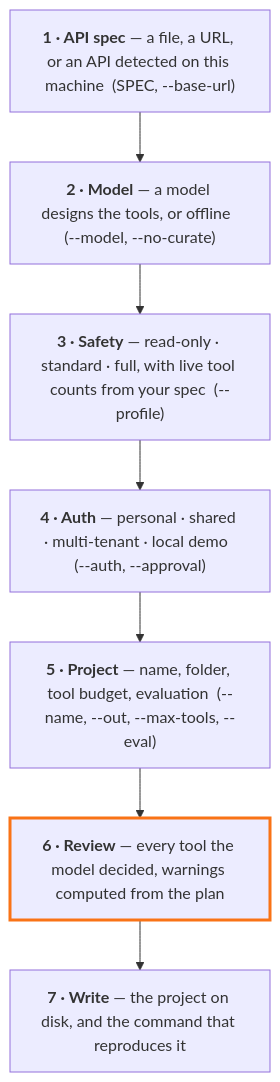
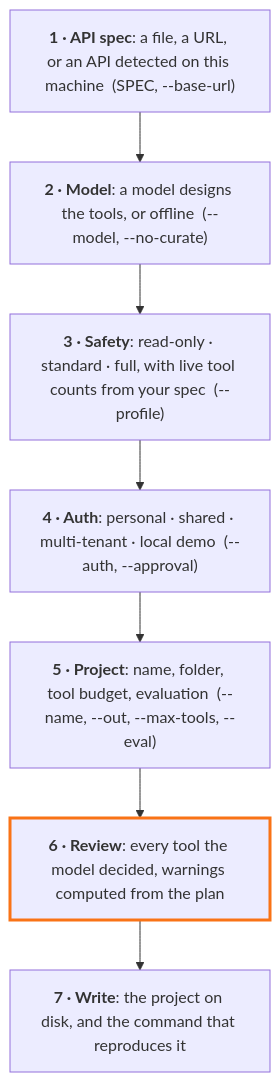
The diagram in docs/mcpcast/guided-setup.md (CloudEngineHub/DeepMCPAgent), drawn with Mermaid before and after one commit. The commit also changed 4 other files, not shown here.

Commit message:
docs: plain punctuation in diagram labels

````diff
--- a/docs/mcpcast/guided-setup.md
+++ b/docs/mcpcast/guided-setup.md
@@ -36,13 +36,13 @@
 ```mermaid
 flowchart TB
-    s1["<b>1 · API spec</b> — a file, a URL, or an API detected on this machine  (SPEC, --base-url)"]
-    s2["<b>2 · Model</b> — a model designs the tools, or offline  (--model, --no-curate)"]
-    s3["<b>3 · Safety</b> — read-only · standard · full, with live tool counts from your spec  (--profile)"]
-    s4["<b>4 · Auth</b> — personal · shared · multi-tenant · local demo  (--auth, --approval)"]
-    s5["<b>5 · Project</b> — name, folder, tool budget, evaluation  (--name, --out, --max-tools, --eval)"]
-    s6["<b>6 · Review</b> — every tool the model decided, warnings computed from the plan"]
-    s7["<b>7 · Write</b> — the project on disk, and the command that reproduces it"]
+    s1["<b>1 · API spec</b>: a file, a URL, or an API detected on this machine  (SPEC, --base-url)"]
+    s2["<b>2 · Model</b>: a model designs the tools, or offline  (--model, --no-curate)"]
+    s3["<b>3 · Safety</b>: read-only · standard · full, with live tool counts from your spec  (--profile)"]
+    s4["<b>4 · Auth</b>: personal · shared · multi-tenant · local demo  (--auth, --approval)"]
+    s5["<b>5 · Project</b>: name, folder, tool budget, evaluation  (--name, --out, --max-tools, --eval)"]
+    s6["<b>6 · Review</b>: every tool the model decided, warnings computed from the plan"]
+    s7["<b>7 · Write</b>: the project on disk, and the command that reproduces it"]
     s1 --> s2 --> s3 --> s4 --> s5 --> s6 --> s7
     classDef human stroke:#f97316,stroke-width:3px
     class s6 human
 ```
````
